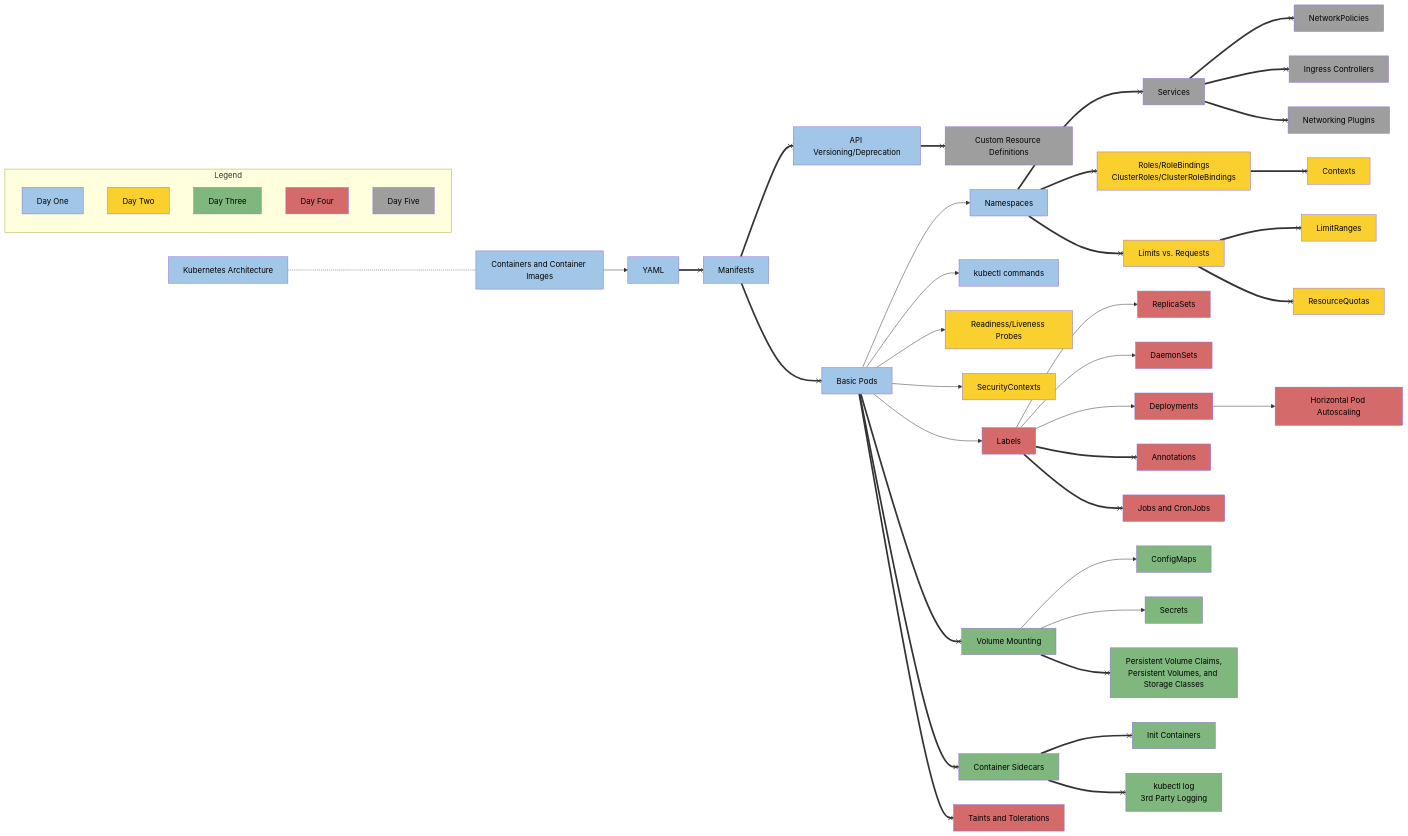
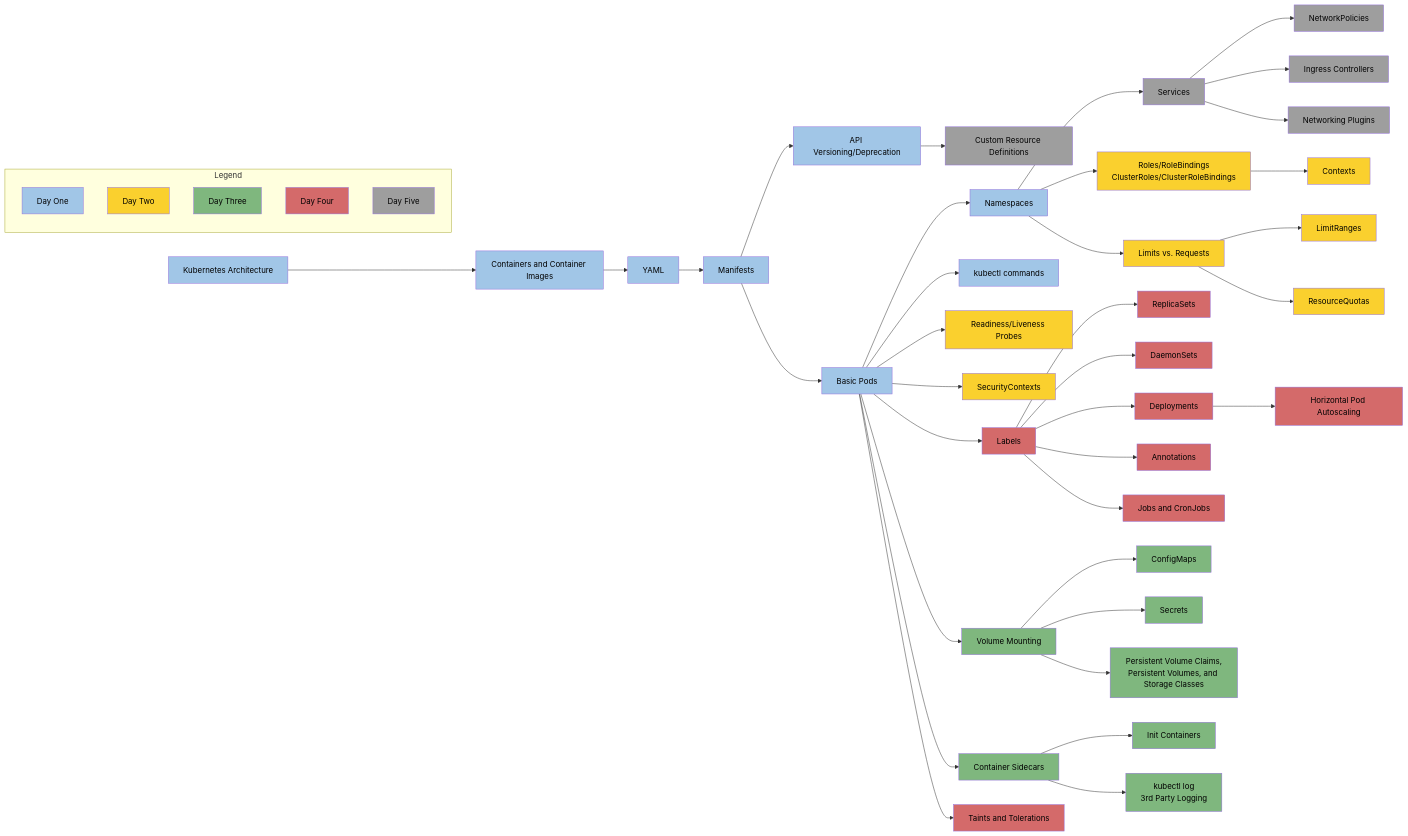
The second of 2 diagrams in CKAD.md (csfeeser/mermaid_work), drawn with Mermaid before and after one commit. The commit also changed other lines of this file, not shown here.

````diff
--- a/CKAD.md
+++ b/CKAD.md
@@ -41,13 +41,13 @@
 ```mermaid
 flowchart LR
-    A["<span style='color:black;'>Kubernetes Architecture</span>"] -.- B["<span style='color:black;'>Containers and Container Images</span>"]
+    A["<span style='color:black;'>Kubernetes Architecture</span>"] --> B["<span style='color:black;'>Containers and Container Images</span>"]
     style A fill:#A1C6E7
     style B fill:#A1C6E7
     B --> C["<span style='color:black;'>YAML</span>"]
     style C fill:#A1C6E7
-    C ==x D["<span style='color:black;'>Manifests</span>"]
+    C --> D["<span style='color:black;'>Manifests</span>"]
     style D fill:#A1C6E7
-    D ==x F["<span style='color:black;'>API Versioning/Deprecation</span>"]
+    D --> F["<span style='color:black;'>API Versioning/Deprecation</span>"]
     style F fill:#A1C6E7
     E["<span style='color:black;'>Basic Pods</span>"] --> G["<span style='color:black;'>Namespaces</span>"]
     style E fill:#A1C6E7
@@ -73,41 +73,41 @@
     style Z fill:#D46A6A
     Z --> AA["<span style='color:black;'>Horizontal Pod Autoscaling</span>"]
     style AA fill:#D46A6A
-    G ==x AE["<span style='color:black;'>Services</span>"]
+    G --> AE["<span style='color:black;'>Services</span>"]
     style AE fill:#9E9E9E
-    AE ==x AD["<span style='color:black;'>NetworkPolicies</span>"]
+    AE --> AD["<span style='color:black;'>NetworkPolicies</span>"]
     style AD fill:#9E9E9E
-    AE ==x AF["<span style='color:black;'>Ingress Controllers</span>"]
+    AE --> AF["<span style='color:black;'>Ingress Controllers</span>"]
     style AF fill:#9E9E9E
-    AE ==x AG["<span style='color:black;'>Networking Plugins</span>"]
+    AE --> AG["<span style='color:black;'>Networking Plugins</span>"]
     style AG fill:#9E9E9E
-    E ==x P
-    E ==x T["<span style='color:black;'>Container Sidecars</span>"]
+    E --> P
+    E --> T["<span style='color:black;'>Container Sidecars</span>"]
     style T fill:#7FB77E
-    T ==x U["<span style='color:black;'>Init Containers</span>"]
+    T --> U["<span style='color:black;'>Init Containers</span>"]
     style U fill:#7FB77E
-    P ==x S["<span style='color:black;'>Persistent Volume Claims,<br>Persistent Volumes, and Storage Classes</span>"]
+    P --> S["<span style='color:black;'>Persistent Volume Claims,<br>Persistent Volumes, and Storage Classes</span>"]
     style S fill:#7FB77E
-    G ==x N["<span style='color:black;'>Roles/RoleBindings<br>ClusterRoles/ClusterRoleBindings</span>"]
+    G --> N["<span style='color:black;'>Roles/RoleBindings<br>ClusterRoles/ClusterRoleBindings</span>"]
     style N fill:#FAD02E
-    T ==x O["<span style='color:black;'>kubectl log<br>3rd Party Logging</span>"]
+    T --> O["<span style='color:black;'>kubectl log<br>3rd Party Logging</span>"]
     style O fill:#7FB77E
-    L["<span style='color:black;'>Limits vs. Requests</span>"] ==x M["<span style='color:black;'>LimitRanges</span>"]
+    L["<span style='color:black;'>Limits vs. Requests</span>"] --> M["<span style='color:black;'>LimitRanges</span>"]
     style L fill:#FAD02E
     style M fill:#FAD02E
-    G ==x L
-    E ==x AC["<span style='color:black;'>Taints and Tolerations</span>"]
+    G --> L
+    E --> AC["<span style='color:black;'>Taints and Tolerations</span>"]
     style AC fill:#D46A6A
-    F ==x AI["<span style='color:black;'>Custom Resource Definitions</span>"]
+    F --> AI["<span style='color:black;'>Custom Resource Definitions</span>"]
     style AI fill:#9E9E9E
-    V ==x W["<span style='color:black;'>Annotations</span>"]
+    V --> W["<span style='color:black;'>Annotations</span>"]
     style W fill:#D46A6A
-    V ==x AB["<span style='color:black;'>Jobs and CronJobs</span>"]
+    V --> AB["<span style='color:black;'>Jobs and CronJobs</span>"]
     style AB fill:#D46A6A
-    N ==x 913349["<span style='color:black;'>Contexts</span>"]
+    N --> 913349["<span style='color:black;'>Contexts</span>"]
     style 913349 fill:#FAD02E
-    D ==x E
-    L ==x H["<span style='color:black;'>ResourceQuotas</span>"]
+    D --> E
+    L --> H["<span style='color:black;'>ResourceQuotas</span>"]
     style H fill:#FAD02E
 
     subgraph Legend
````
